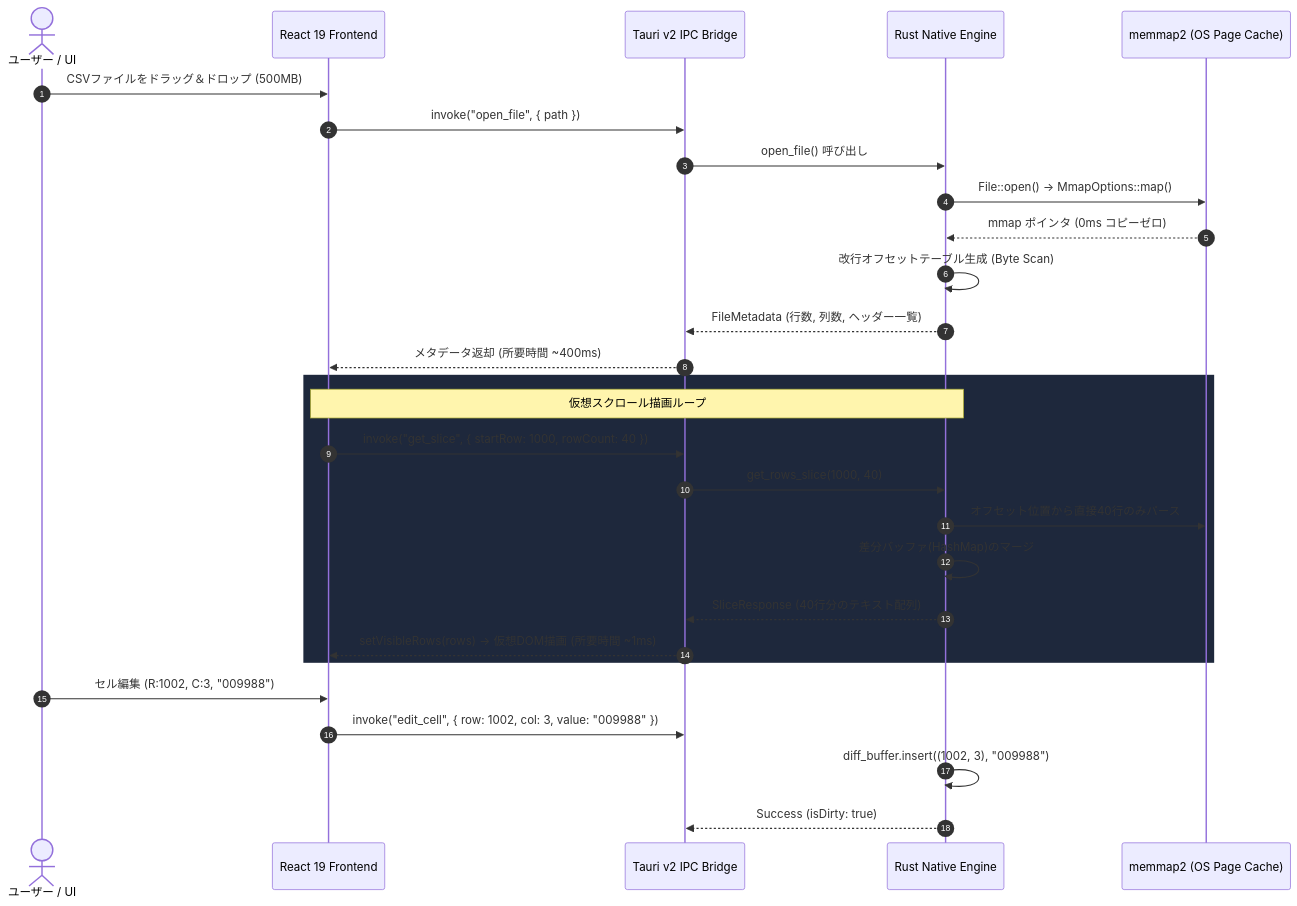
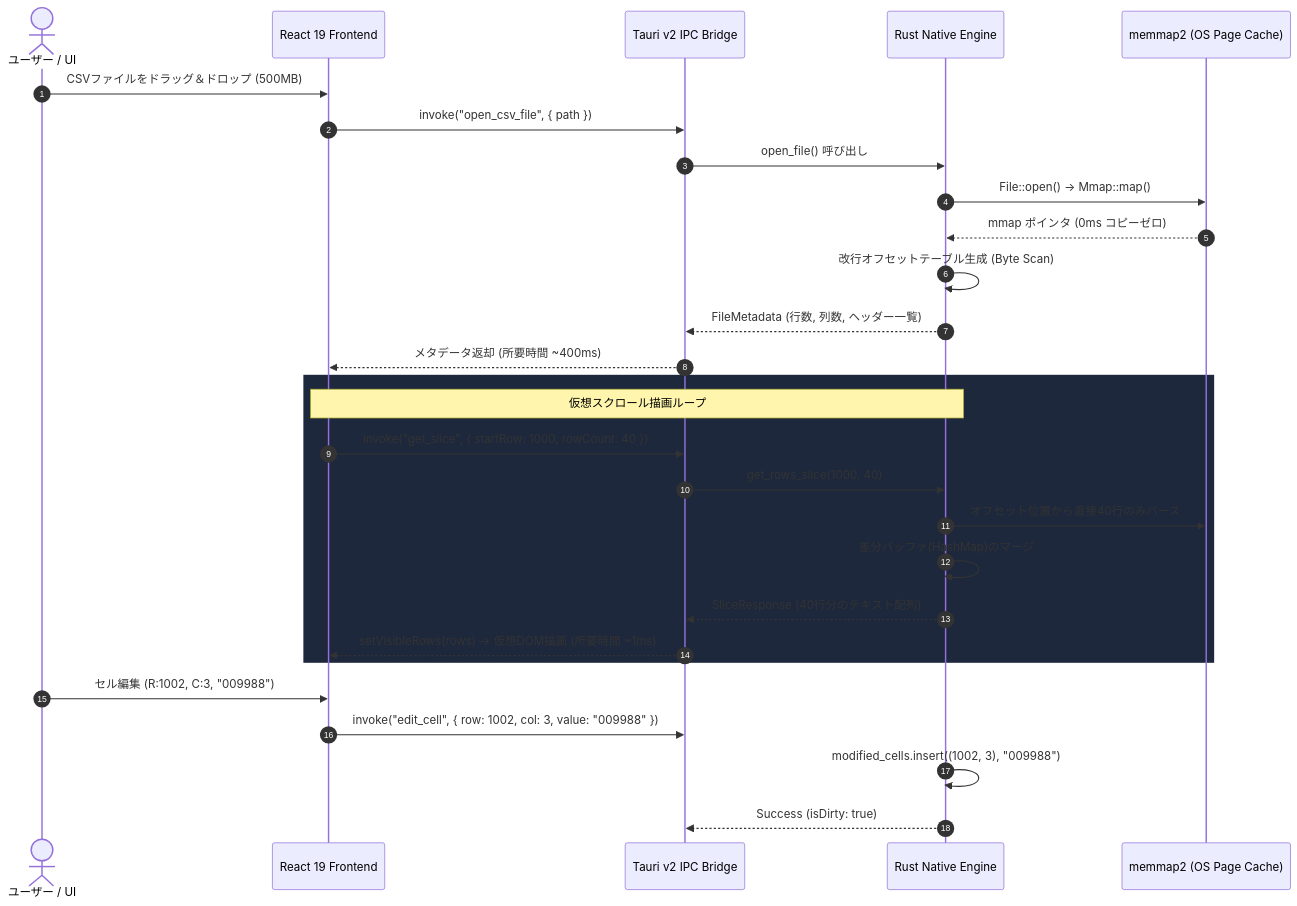
Before and after one commit to tkshnkgwr/QuCSView: the diagram in docs/ja/ARCHITECTURE.md, drawn with Mermaid. The commit also changed other lines of this file and 39 other files, not shown here.

````diff
--- a/docs/ja/ARCHITECTURE.md
+++ b/docs/ja/ARCHITECTURE.md
@@ -17,33 +17,33 @@
 ```mermaid
 sequenceDiagram
     autonumber
     actor User as ユーザー / UI
     participant React as React 19 Frontend
     participant IPC as Tauri v2 IPC Bridge
     participant Rust as Rust Native Engine
     participant MMap as memmap2 (OS Page Cache)
 
     User->>React: CSVファイルをドラッグ＆ドロップ (500MB)
-    React->>IPC: invoke("open_file", { path })
+    React->>IPC: invoke("open_csv_file", { path })
     IPC->>Rust: open_file() 呼び出し
-    Rust->>MMap: File::open() -> MmapOptions::map()
+    Rust->>MMap: File::open() -> Mmap::map()
     MMap-->>Rust: mmap ポインタ (0ms コピーゼロ)
     Rust->>Rust: 改行オフセットテーブル生成 (Byte Scan)
     Rust-->>IPC: FileMetadata (行数, 列数, ヘッダー一覧)
     IPC-->>React: メタデータ返却 (所要時間 ~400ms)
     
     rect rgb(30, 40, 60)
         Note over React, Rust: 仮想スクロール描画ループ
         React->>IPC: invoke("get_slice", { startRow: 1000, rowCount: 40 })
         IPC->>Rust: get_rows_slice(1000, 40)
         Rust->>MMap: オフセット位置から直接40行のみパース
         Rust->>Rust: 差分バッファ(HashMap)のマージ
         Rust-->>IPC: SliceResponse (40行分のテキスト配列)
         IPC-->>React: setVisibleRows(rows) -> 仮想DOM描画 (所要時間 ~1ms)
     end
 
     User->>React: セル編集 (R:1002, C:3, "009988")
     React->>IPC: invoke("edit_cell", { row: 1002, col: 3, value: "009988" })
-    Rust->>Rust: diff_buffer.insert((1002, 3), "009988")
+    Rust->>Rust: modified_cells.insert((1002, 3), "009988")
     Rust-->>IPC: Success (isDirty: true)
 ```
````
